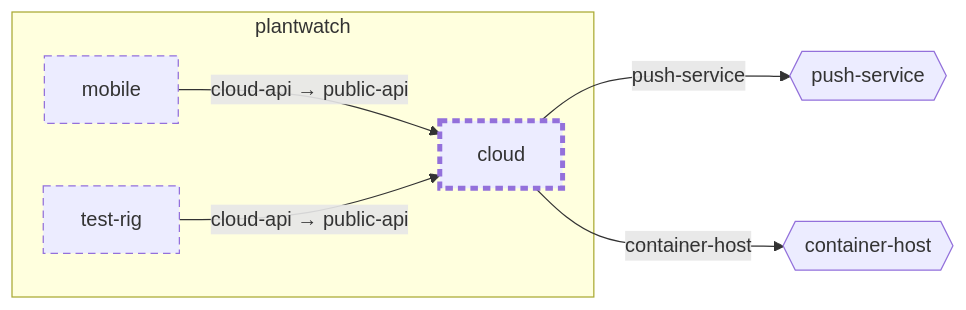
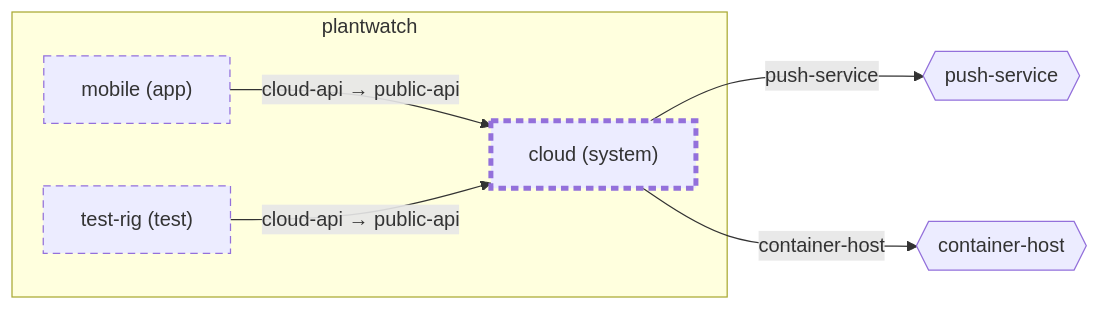
One commit to wackazong/unifold changed the diagram in examples/plantwatch/cloud/docs/diagrams/context.md. Above: the diagram before and after it, drawn with Mermaid. The commit also changed other lines of this file and 339 other files, not shown here.

````diff
--- a/examples/plantwatch/cloud/docs/diagrams/context.md
+++ b/examples/plantwatch/cloud/docs/diagrams/context.md
@@ -8,20 +8,20 @@
 ```mermaid
 flowchart LR
   subgraph u_root["plantwatch"]
-    u_cloud["cloud"]
-    u_mobile["mobile"]
-    u_test_drig["test-rig"]
+    u_cloud["cloud (system)"]
+    u_mobile["mobile (app)"]
+    u_test_drig["test-rig (test)"]
   end
   n_root___push_dservice{{"push-service"}}
   n_root___container_dhost{{"container-host"}}
   u_mobile -->|"cloud-api → public-api"| u_cloud
   u_cloud -->|"push-service"| n_root___push_dservice
   u_test_drig -->|"cloud-api → public-api"| u_cloud
   u_cloud -->|"container-host"| n_root___container_dhost
   classDef focus stroke-width:4px
   classDef planned stroke-dasharray:6 4
   classDef deprecated stroke-dasharray:2 2,opacity:0.6
   classDef plain stroke-dasharray:2 3
   class u_cloud,u_mobile,u_test_drig planned
   class u_cloud focus
 ```
````
